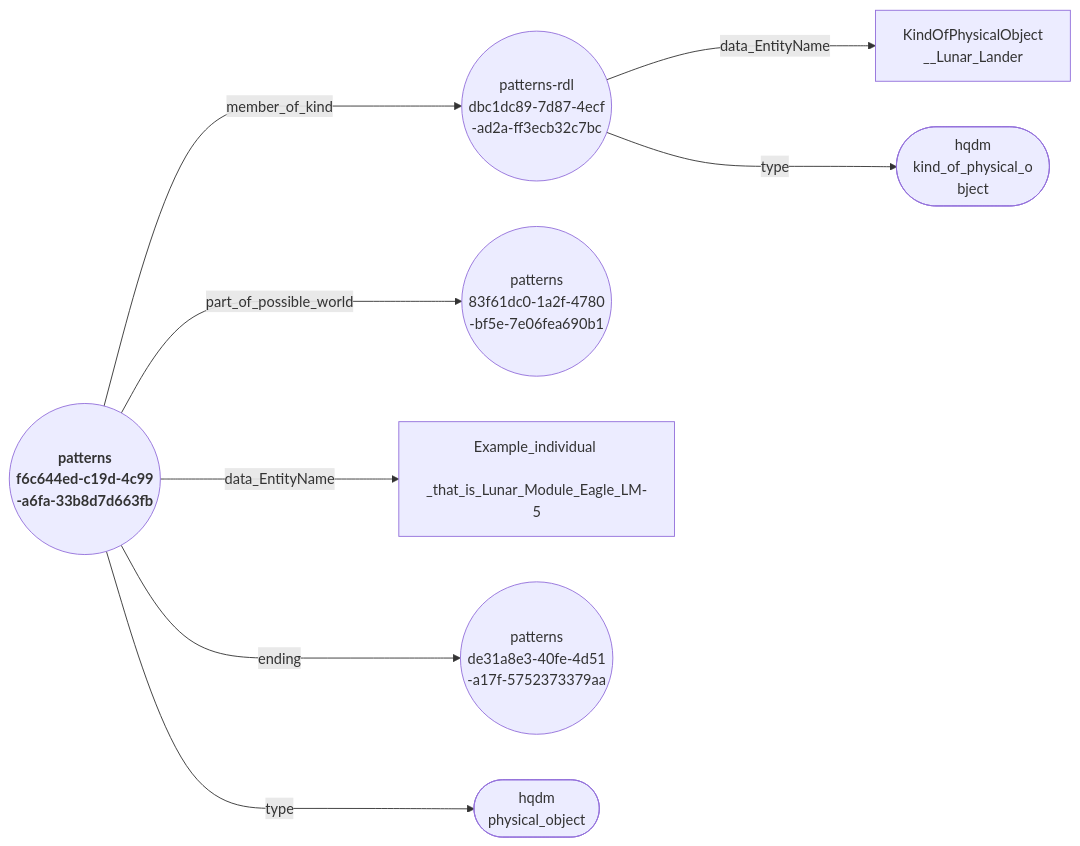
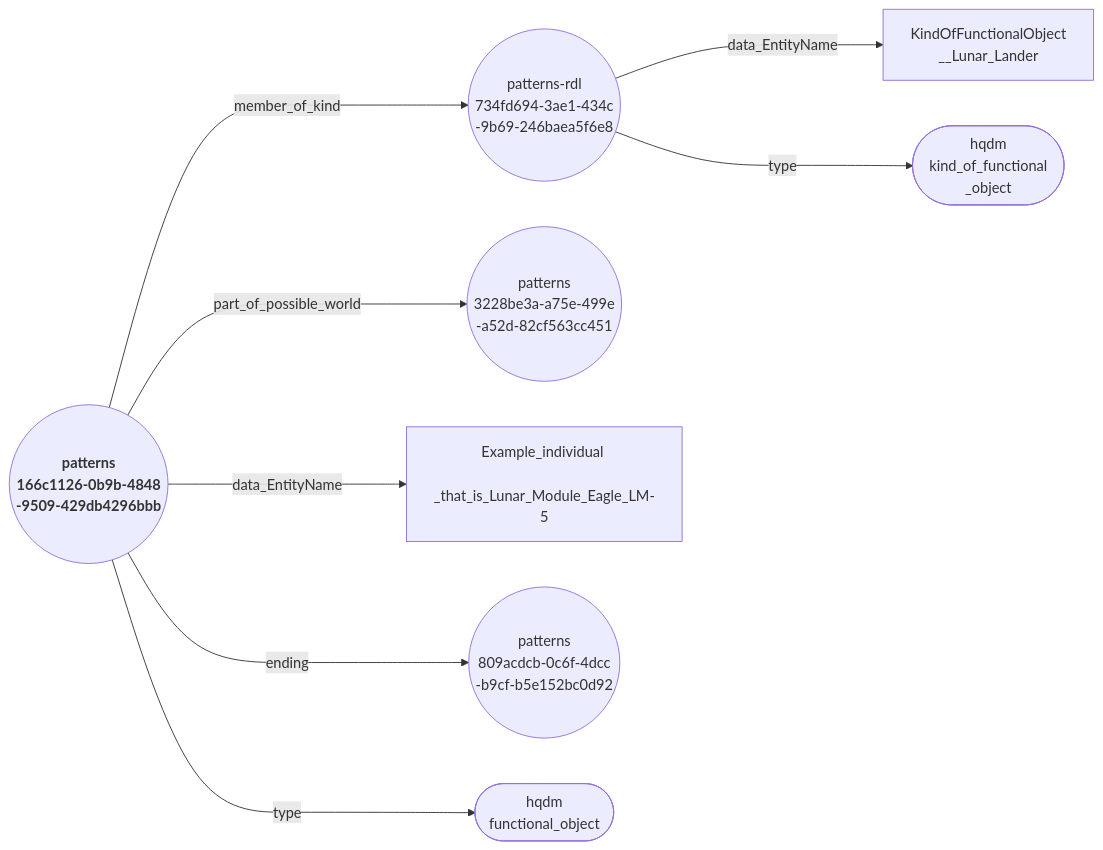
Before and after one commit to ClimbingAl/HqdmPatterns: the diagram in docs/extras/example-files/individualAndKindEagleExampleNodeEdgeGraph.mermaid, drawn with Mermaid. The commit also changed 53 other files, not shown here.

````diff
--- a/docs/extras/example-files/individualAndKindEagleExampleNodeEdgeGraph.mermaid
+++ b/docs/extras/example-files/individualAndKindEagleExampleNodeEdgeGraph.mermaid
@@ -1,10 +1,10 @@
 ``` mermaid
 graph LR
-  f6c644ed-c19d-4c99-a6fa-33b8d7d663fb(("<b> patterns <br> f6c644ed-c19d-4c99 <br> -a6fa-33b8d7d663fb"))--->|"member_of_kind"|dbc1dc89-7d87-4ecf-ad2a-ff3ecb32c7bc(("patterns-rdl <br> dbc1dc89-7d87-4ecf <br> -ad2a-ff3ecb32c7bc"));
-  f6c644ed-c19d-4c99-a6fa-33b8d7d663fb(("<b> patterns <br> f6c644ed-c19d-4c99 <br> -a6fa-33b8d7d663fb"))--->|"part_of_possible_world"|83f61dc0-1a2f-4780-bf5e-7e06fea690b1(("patterns <br> 83f61dc0-1a2f-4780 <br> -bf5e-7e06fea690b1"));
-  f6c644ed-c19d-4c99-a6fa-33b8d7d663fb(("<b> patterns <br> f6c644ed-c19d-4c99 <br> -a6fa-33b8d7d663fb"))--->|"data_EntityName"|Example_individual_that_is_Lunar_Module_Eagle_LM-5["Example_individual <br> _that_is_Lunar_Module_Eagle_LM-5"];
-  f6c644ed-c19d-4c99-a6fa-33b8d7d663fb(("<b> patterns <br> f6c644ed-c19d-4c99 <br> -a6fa-33b8d7d663fb"))--->|"ending"|de31a8e3-40fe-4d51-a17f-5752373379aa(("patterns <br> de31a8e3-40fe-4d51 <br> -a17f-5752373379aa"));
-  f6c644ed-c19d-4c99-a6fa-33b8d7d663fb(("<b> patterns <br> f6c644ed-c19d-4c99 <br> -a6fa-33b8d7d663fb"))--->|"type"|physical_object(["hqdm <br> physical_object"]);
-  dbc1dc89-7d87-4ecf-ad2a-ff3ecb32c7bc(("patterns-rdl <br> dbc1dc89-7d87-4ecf <br> -ad2a-ff3ecb32c7bc"))--->|"data_EntityName"|KindOfPhysicalObject__Lunar_Lander["KindOfPhysicalObject <br> __Lunar_Lander"];
-  dbc1dc89-7d87-4ecf-ad2a-ff3ecb32c7bc(("patterns-rdl <br> dbc1dc89-7d87-4ecf <br> -ad2a-ff3ecb32c7bc"))--->|"type"|kind_of_physical_object(["hqdm <br> kind_of_physical_o <br> bject"]);
+  166c1126-0b9b-4848-9509-429db4296bbb(("<b> patterns <br> 166c1126-0b9b-4848 <br> -9509-429db4296bbb"))--->|"member_of_kind"|734fd694-3ae1-434c-9b69-246baea5f6e8(("patterns-rdl <br> 734fd694-3ae1-434c <br> -9b69-246baea5f6e8"));
+  166c1126-0b9b-4848-9509-429db4296bbb(("<b> patterns <br> 166c1126-0b9b-4848 <br> -9509-429db4296bbb"))--->|"part_of_possible_world"|3228be3a-a75e-499e-a52d-82cf563cc451(("patterns <br> 3228be3a-a75e-499e <br> -a52d-82cf563cc451"));
+  166c1126-0b9b-4848-9509-429db4296bbb(("<b> patterns <br> 166c1126-0b9b-4848 <br> -9509-429db4296bbb"))--->|"data_EntityName"|Example_individual_that_is_Lunar_Module_Eagle_LM-5["Example_individual <br> _that_is_Lunar_Module_Eagle_LM-5"];
+  166c1126-0b9b-4848-9509-429db4296bbb(("<b> patterns <br> 166c1126-0b9b-4848 <br> -9509-429db4296bbb"))--->|"ending"|809acdcb-0c6f-4dcc-b9cf-b5e152bc0d92(("patterns <br> 809acdcb-0c6f-4dcc <br> -b9cf-b5e152bc0d92"));
+  166c1126-0b9b-4848-9509-429db4296bbb(("<b> patterns <br> 166c1126-0b9b-4848 <br> -9509-429db4296bbb"))--->|"type"|functional_object(["hqdm <br> functional_object"]);
+  734fd694-3ae1-434c-9b69-246baea5f6e8(("patterns-rdl <br> 734fd694-3ae1-434c <br> -9b69-246baea5f6e8"))--->|"data_EntityName"|KindOfFunctionalObject__Lunar_Lander["KindOfFunctionalObject <br> __Lunar_Lander"];
+  734fd694-3ae1-434c-9b69-246baea5f6e8(("patterns-rdl <br> 734fd694-3ae1-434c <br> -9b69-246baea5f6e8"))--->|"type"|kind_of_functional_object(["hqdm <br> kind_of_functional <br> _object"]);
 ```
````
